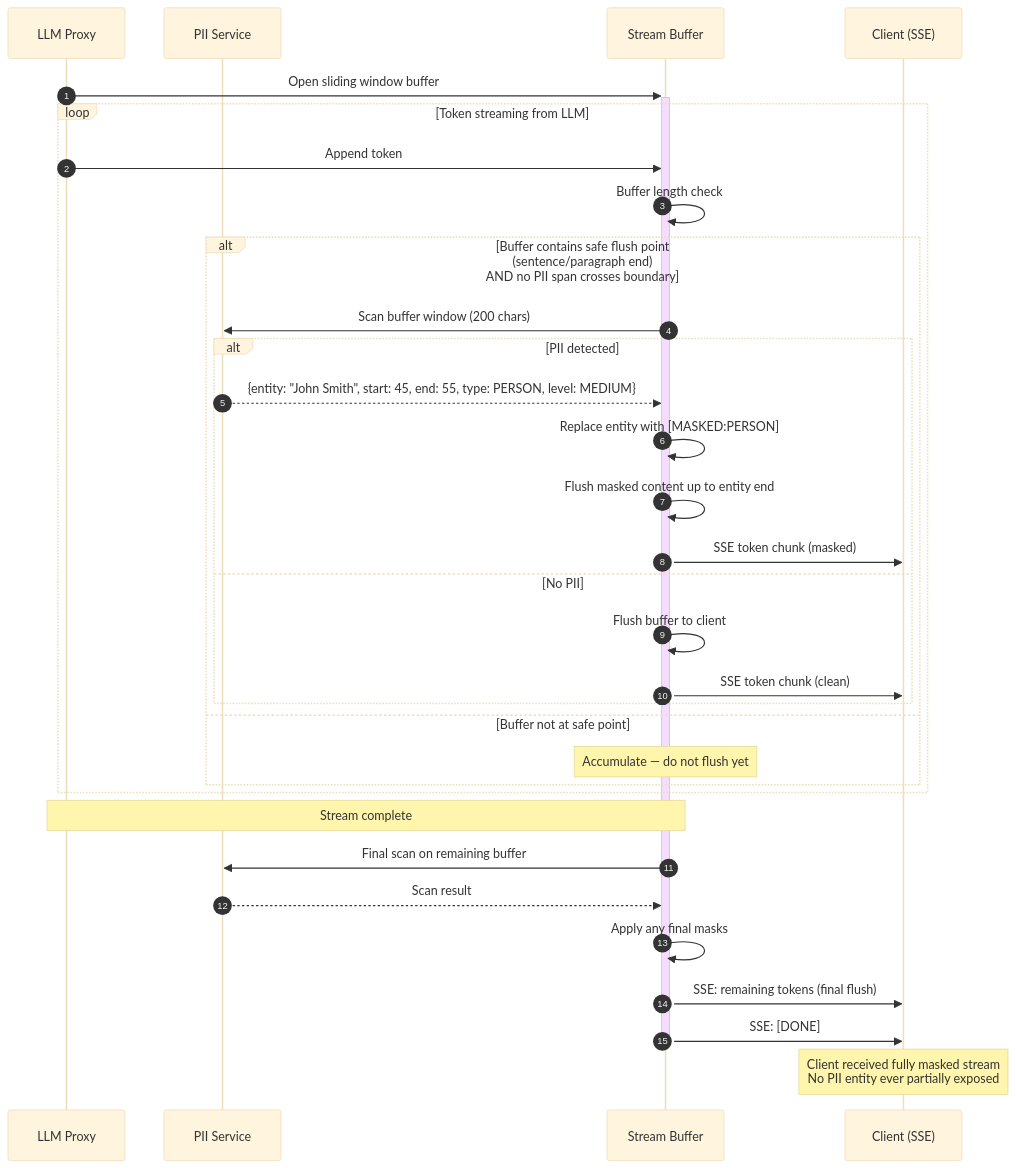
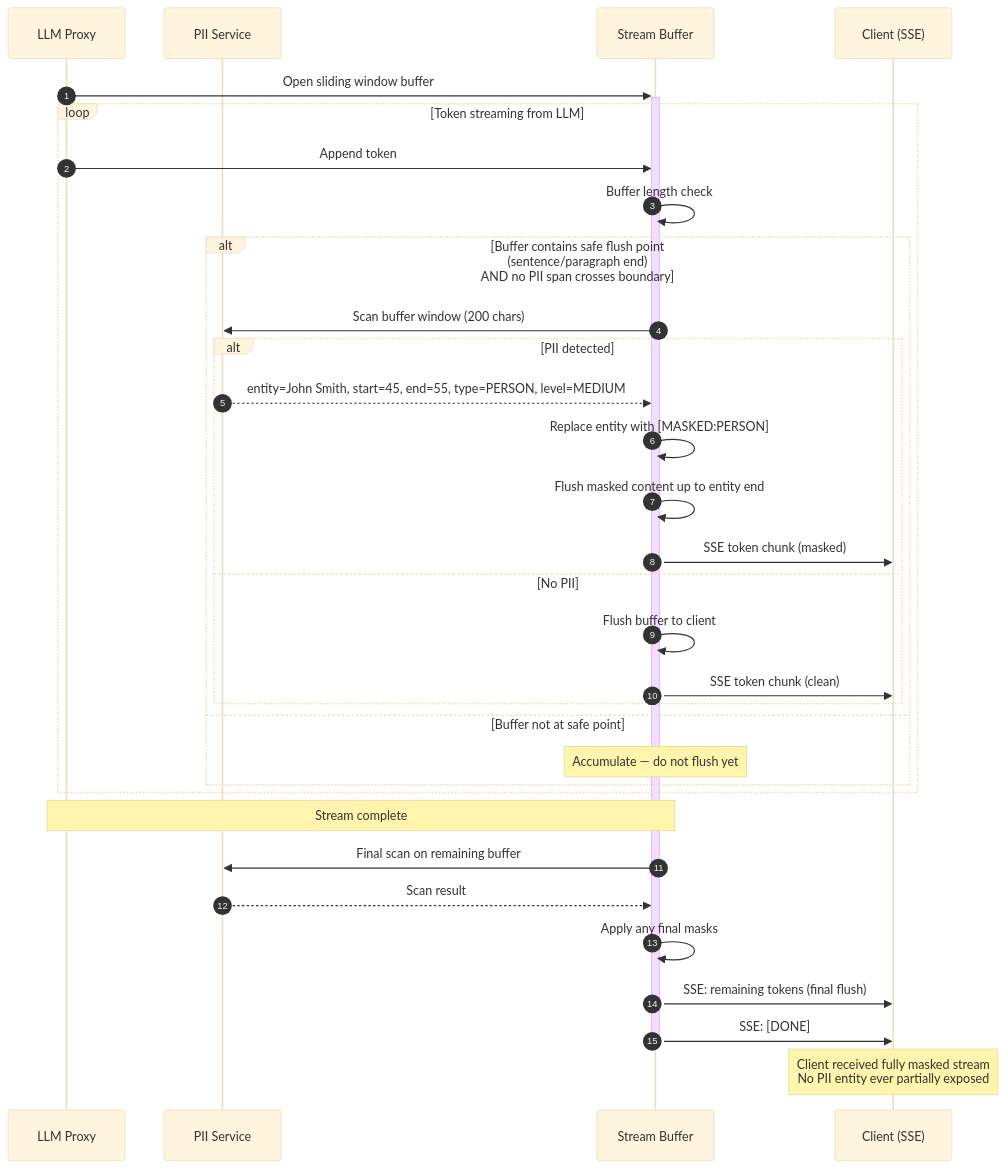
The ninth of 18 diagrams in SEQUENCE_DIAGRAMS.md (GVijay456/Test), drawn with Mermaid (base theme) before and after one commit. The commit also changed other lines of this file and 1 other file, not shown here.

First line of the commit message:
Fix Mermaid sequence diagram rendering issues

````diff
--- a/SEQUENCE_DIAGRAMS.md
+++ b/SEQUENCE_DIAGRAMS.md
@@ -504,41 +504,41 @@
 ```mermaid
 sequenceDiagram
     autonumber
     participant LP as LLM Proxy
     participant PS as PII Service
     participant BF as Stream Buffer
     participant C  as Client (SSE)
 
     LP->>+BF: Open sliding window buffer
 
     loop Token streaming from LLM
         LP->>BF: Append token
 
         BF->>BF: Buffer length check
 
         alt Buffer contains safe flush point<br/>(sentence/paragraph end)<br/>AND no PII span crosses boundary
             BF->>PS: Scan buffer window (200 chars)
             alt PII detected
-                PS-->>BF: {entity: "John Smith", start: 45, end: 55, type: PERSON, level: MEDIUM}
+                PS-->>BF: entity=John Smith, start=45, end=55, type=PERSON, level=MEDIUM
                 BF->>BF: Replace entity with [MASKED:PERSON]
                 BF->>BF: Flush masked content up to entity end
                 BF->>C: SSE token chunk (masked)
             else No PII
                 BF->>BF: Flush buffer to client
                 BF->>C: SSE token chunk (clean)
             end
         else Buffer not at safe point
             Note over BF: Accumulate — do not flush yet
         end
     end
 
     Note over LP,BF: Stream complete
     BF->>PS: Final scan on remaining buffer
     PS-->>BF: Scan result
     BF->>BF: Apply any final masks
     BF->>C: SSE: remaining tokens (final flush)
     BF->>C: SSE: [DONE]
     deactivate BF
 
     Note over C: Client received fully masked stream<br/>No PII entity ever partially exposed
 ```
````
